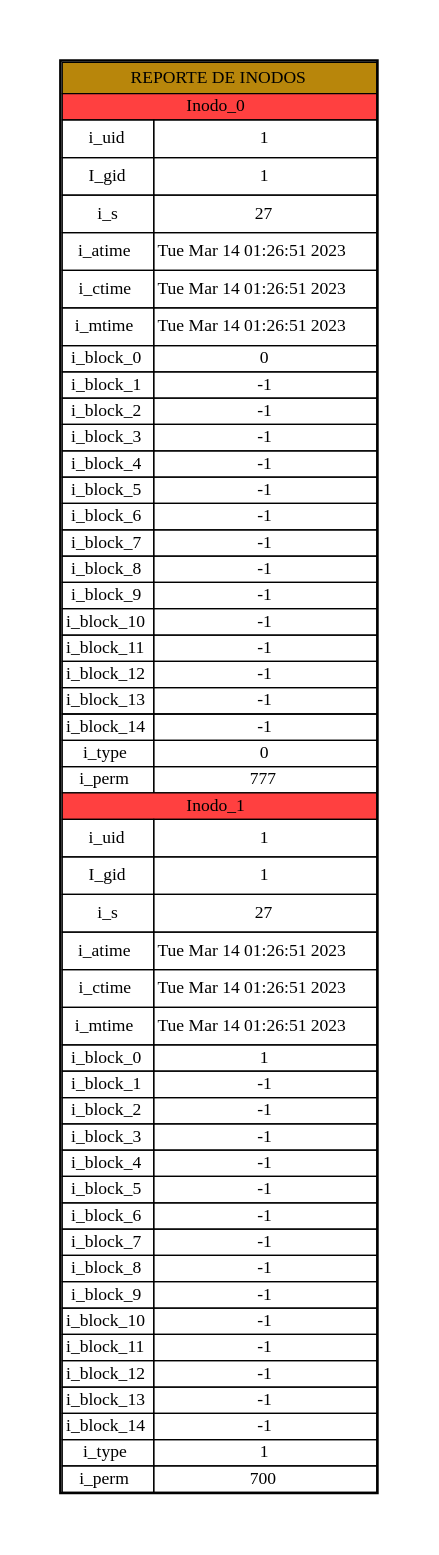
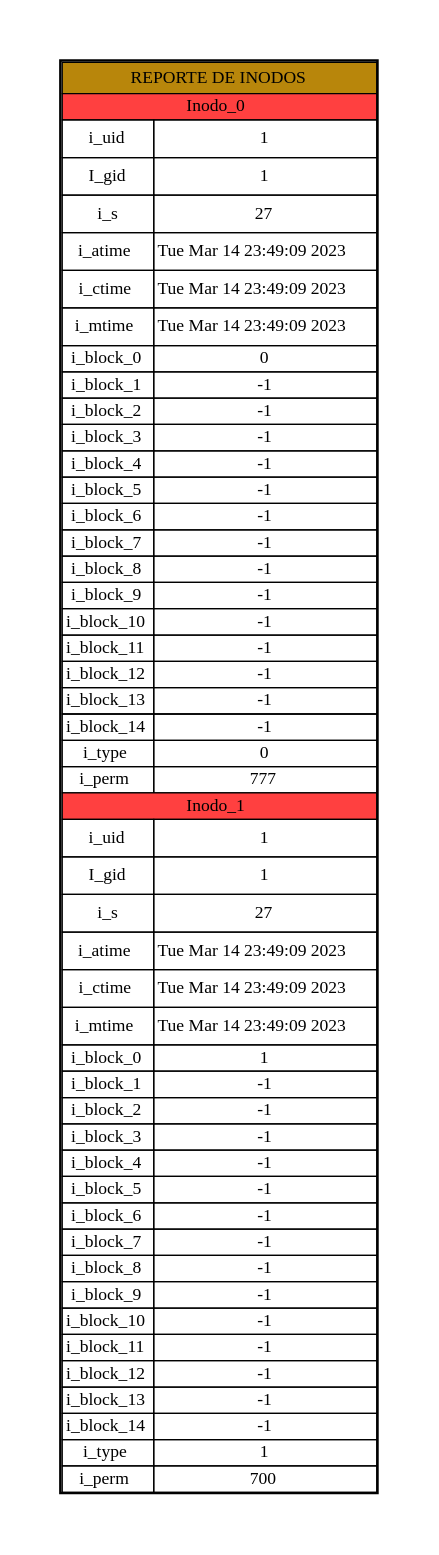
Before and after one commit to Tiwue/MIA_201903974_Proyecto1_S1_2023: the diagram in Results/report.dot, drawn with Graphviz. The commit also changed 37 other files, not shown here.

```diff
--- a/Results/report.dot
+++ b/Results/report.dot
@@ -31,19 +31,19 @@
 
 <TR>
 <TD HEIGHT="30" >i_atime</TD>
-<TD WIDTH="100" >Tue Mar 14 01:26:51 2023
+<TD WIDTH="100" >Tue Mar 14 23:49:09 2023
 </TD>
 </TR>
 
 <TR>
 <TD HEIGHT="30" >i_ctime</TD>
-<TD WIDTH="100" >Tue Mar 14 01:26:51 2023
+<TD WIDTH="100" >Tue Mar 14 23:49:09 2023
 </TD>
 </TR>
 
 <TR>
 <TD HEIGHT="30" >i_mtime</TD>
-<TD WIDTH="100" >Tue Mar 14 01:26:51 2023
+<TD WIDTH="100" >Tue Mar 14 23:49:09 2023
 </TD>
 </TR>
 
@@ -153,19 +153,19 @@
 
 <TR>
 <TD HEIGHT="30" >i_atime</TD>
-<TD WIDTH="100" >Tue Mar 14 01:26:51 2023
+<TD WIDTH="100" >Tue Mar 14 23:49:09 2023
 </TD>
 </TR>
 
 <TR>
 <TD HEIGHT="30" >i_ctime</TD>
-<TD WIDTH="100" >Tue Mar 14 01:26:51 2023
+<TD WIDTH="100" >Tue Mar 14 23:49:09 2023
 </TD>
 </TR>
 
 <TR>
 <TD HEIGHT="30" >i_mtime</TD>
-<TD WIDTH="100" >Tue Mar 14 01:26:51 2023
+<TD WIDTH="100" >Tue Mar 14 23:49:09 2023
 </TD>
 </TR>
 
```
